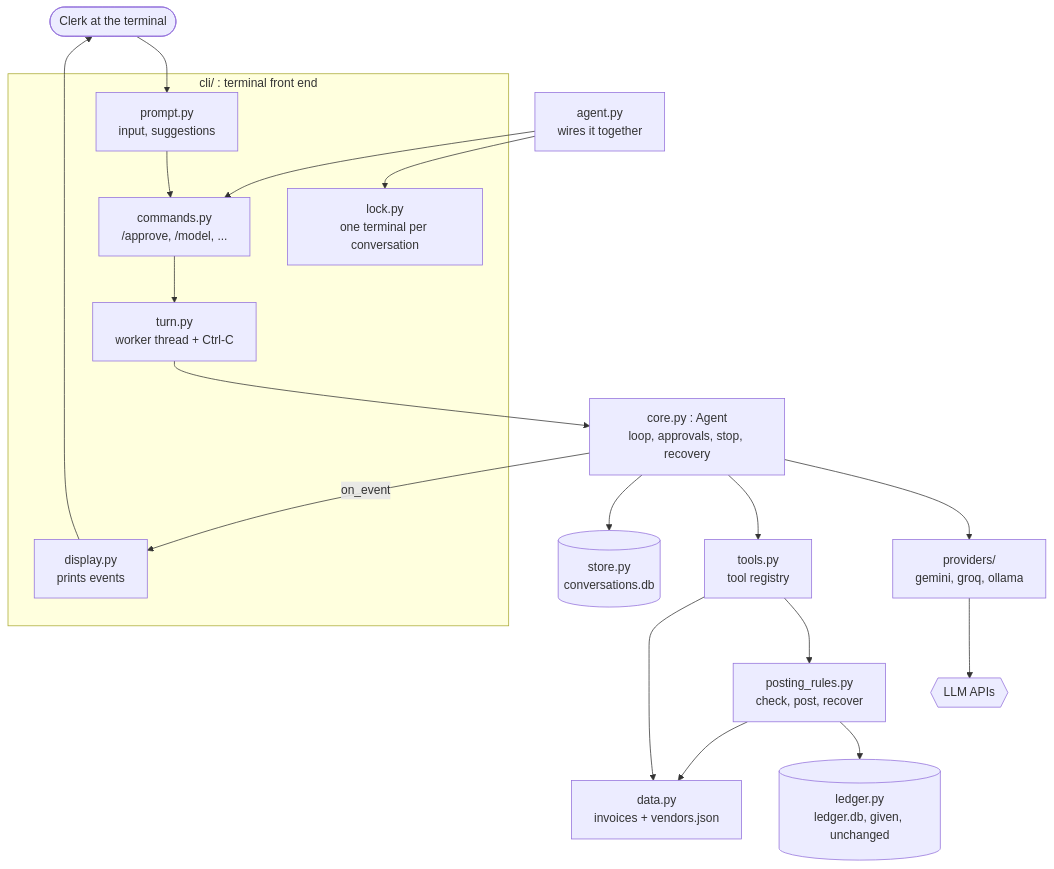
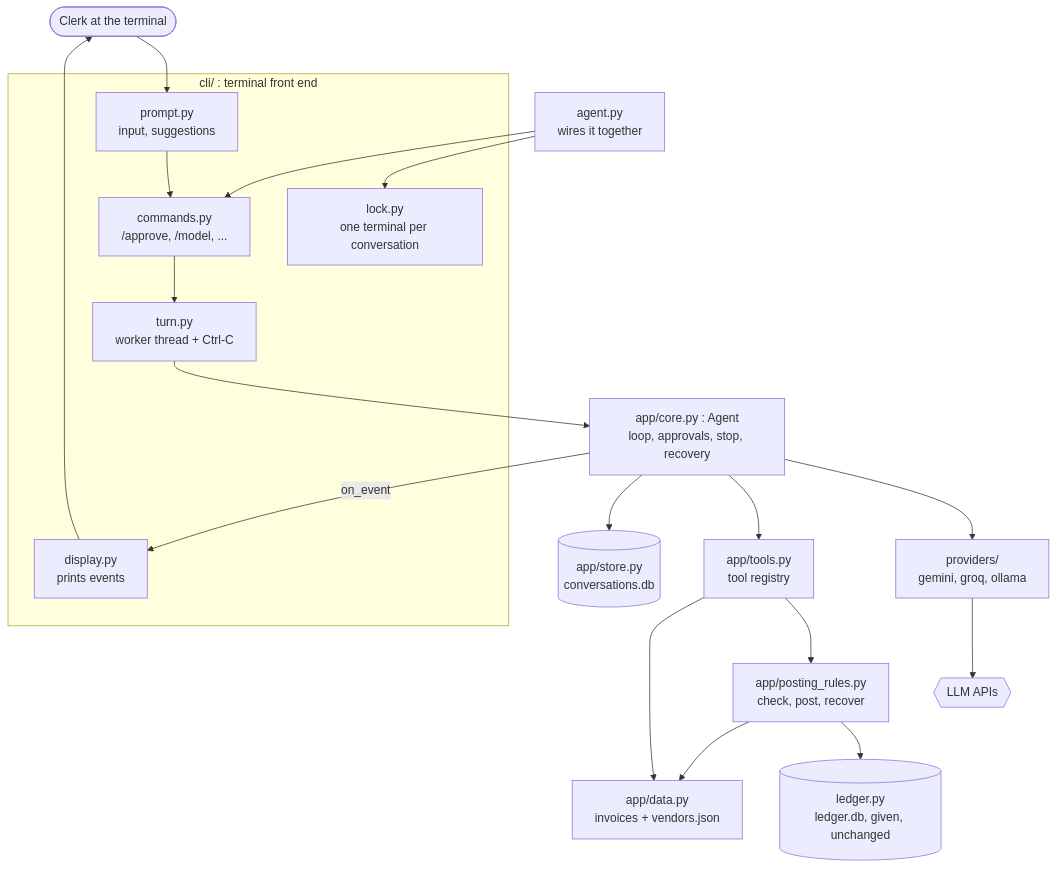
One commit to Umeshmalik/acme-ap-agent changed the first of 4 diagrams in ARCHITECTURE.md. Above: the diagram before and after it, drawn with Mermaid. The commit also changed other lines of this file and 18 other files, not shown here.

Commit message:
Move agent internals into app/ (core, tools, posting_rules, data, store); only agent.py and ledger.py stay at the root

````diff
--- a/ARCHITECTURE.md
+++ b/ARCHITECTURE.md
@@ -16,30 +16,30 @@
 ```mermaid
 flowchart TD
     clerk([Clerk at the terminal])
     subgraph cli["cli/ : terminal front end"]
         prompt[prompt.py<br/>input, suggestions]
         commands[commands.py<br/>/approve, /model, ...]
         turn[turn.py<br/>worker thread + Ctrl-C]
         display[display.py<br/>prints events]
         lock[lock.py<br/>one terminal per conversation]
     end
     agentpy[agent.py<br/>wires it together]
-    core[core.py : Agent<br/>loop, approvals, stop, recovery]
+    core[app/core.py : Agent<br/>loop, approvals, stop, recovery]
     providers[providers/<br/>gemini, groq, ollama]
-    tools[tools.py<br/>tool registry]
-    rules[posting_rules.py<br/>check, post, recover]
-    data[data.py<br/>invoices + vendors.json]
-    store[(store.py<br/>conversations.db)]
+    tools[app/tools.py<br/>tool registry]
+    rules[app/posting_rules.py<br/>check, post, recover]
+    data[app/data.py<br/>invoices + vendors.json]
+    store[(app/store.py<br/>conversations.db)]
     ledger[(ledger.py<br/>ledger.db, given, unchanged)]
     llm{{LLM APIs}}
 
     clerk --> prompt --> commands --> turn --> core
     core -- on_event --> display --> clerk
     agentpy --> lock
     agentpy --> commands
     core --> providers --> llm
     core --> tools --> rules --> ledger
     tools --> data
     rules --> data
     core --> store
 ```
````
